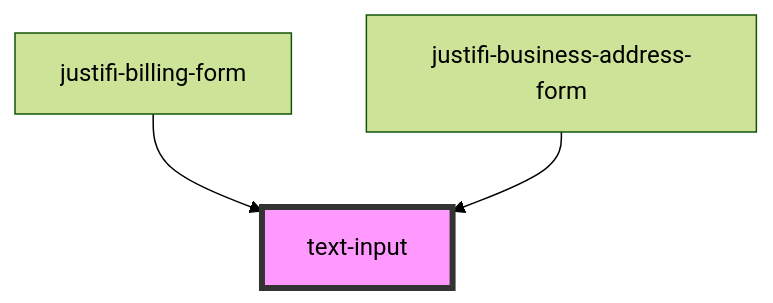
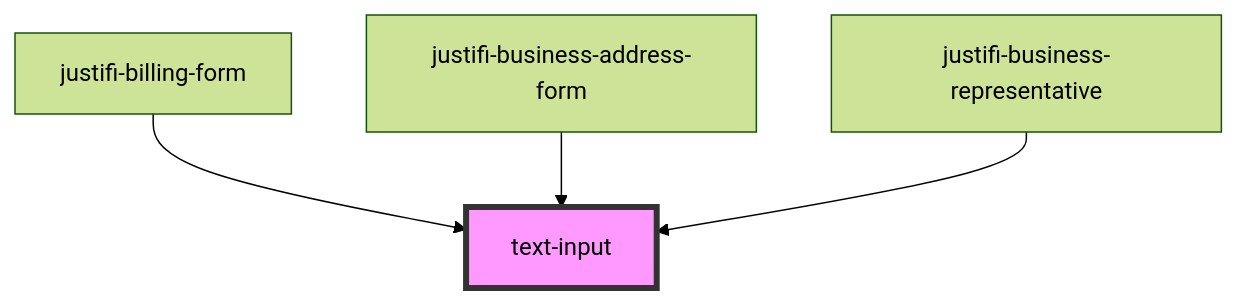
The diagram in stencil-library/src/components/text-input/readme.md (justifi-tech/web-component-library), drawn with Mermaid (forest theme) before and after one commit. The commit also changed other lines of this file and 8 other files, not shown here.

````diff
--- a/stencil-library/src/components/text-input/readme.md
+++ b/stencil-library/src/components/text-input/readme.md
@@ -38,6 +39,7 @@
 ```mermaid
 graph TD;
   justifi-billing-form --> text-input
   justifi-business-address-form --> text-input
+  justifi-business-representative --> text-input
   style text-input fill:#f9f,stroke:#333,stroke-width:4px
 ```
````
